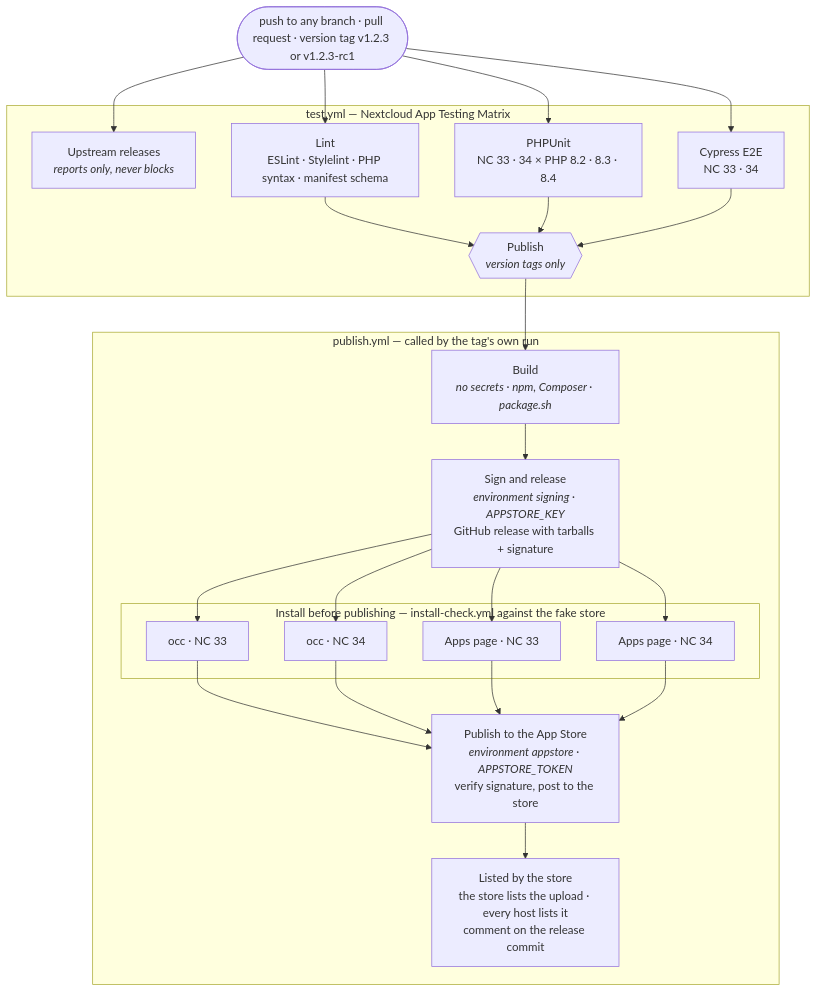
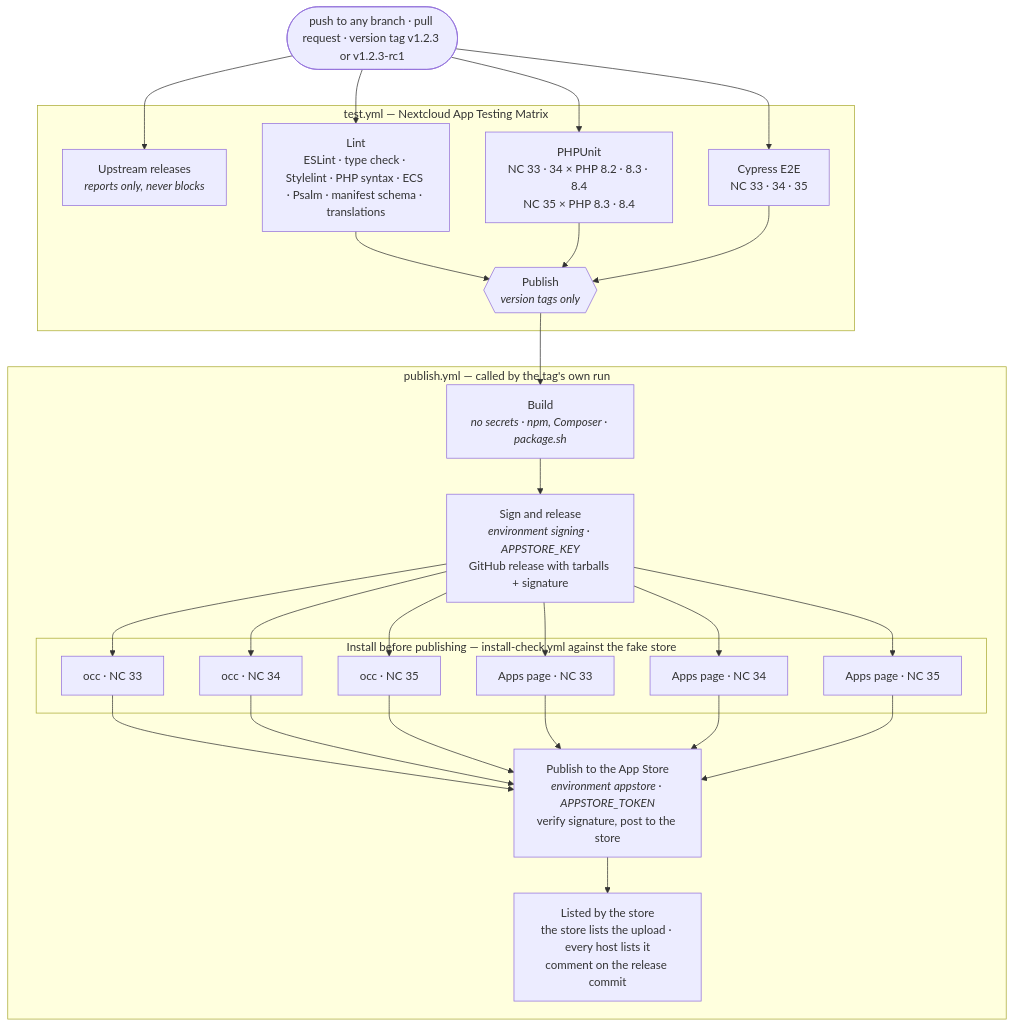
Before and after one commit to metaworx/file_checksum_search: the diagram in docs/app-store-publishing.md, drawn with Mermaid. The commit also changed other lines of this file and 5 other files, not shown here.

````diff
--- a/docs/app-store-publishing.md
+++ b/docs/app-store-publishing.md
@@ -177,32 +177,34 @@
 ```mermaid
 flowchart TD
     trigger(["push to any branch · pull request · version tag v1.2.3 or v1.2.3-rc1"])
 
     subgraph test ["test.yml — Nextcloud App Testing Matrix"]
         upstream["Upstream releases<br/><i>reports only, never blocks</i>"]
-        lint["Lint<br/>ESLint · Stylelint · PHP syntax · manifest schema"]
-        phpunit["PHPUnit<br/>NC 33 · 34 × PHP 8.2 · 8.3 · 8.4"]
-        cypress["Cypress E2E<br/>NC 33 · 34"]
+        lint["Lint<br/>ESLint · type check · Stylelint · PHP syntax · ECS · Psalm · manifest schema · translations"]
+        phpunit["PHPUnit<br/>NC 33 · 34 × PHP 8.2 · 8.3 · 8.4<br/>NC 35 × PHP 8.3 · 8.4"]
+        cypress["Cypress E2E<br/>NC 33 · 34 · 35"]
         publishcall{{"Publish<br/><i>version tags only</i>"}}
     end
 
     subgraph publish ["publish.yml — called by the tag's own run"]
         build["Build<br/><i>no secrets · npm, Composer · package.sh</i>"]
         sign["Sign and release<br/><i>environment signing · APPSTORE_KEY</i><br/>GitHub release with tarballs + signature"]
         subgraph precheck ["Install before publishing — install-check.yml against the fake store"]
             occ33["occ · NC 33"]
             occ34["occ · NC 34"]
+            occ35["occ · NC 35"]
             web33["Apps page · NC 33"]
             web34["Apps page · NC 34"]
+            web35["Apps page · NC 35"]
         end
         store["Publish to the App Store<br/><i>environment appstore · APPSTORE_TOKEN</i><br/>verify signature, post to the store"]
         listed["Listed by the store<br/>the store lists the upload · every host lists it<br/>comment on the release commit"]
     end
 
     trigger --> upstream & lint & phpunit & cypress
     lint & phpunit & cypress --> publishcall
     publishcall --> build --> sign
-    sign --> occ33 & occ34 & web33 & web34
-    occ33 & occ34 & web33 & web34 --> store
+    sign --> occ33 & occ34 & occ35 & web33 & web34 & web35
+    occ33 & occ34 & occ35 & web33 & web34 & web35 --> store
     store --> listed
 ```
````
